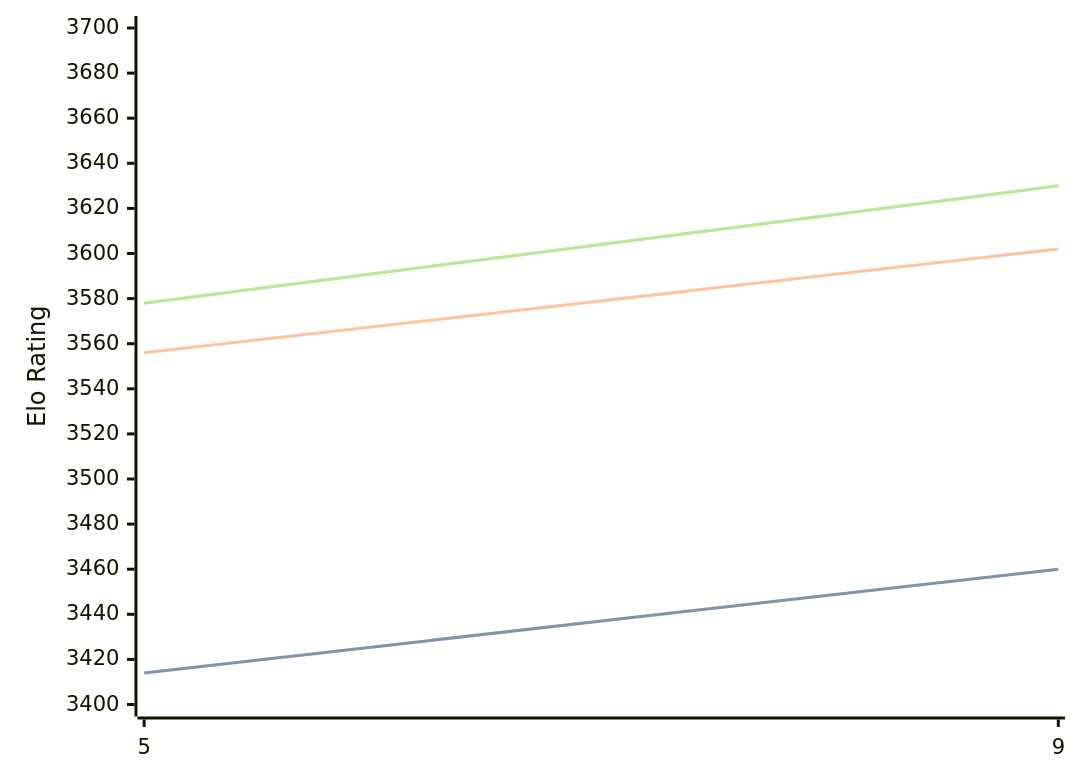
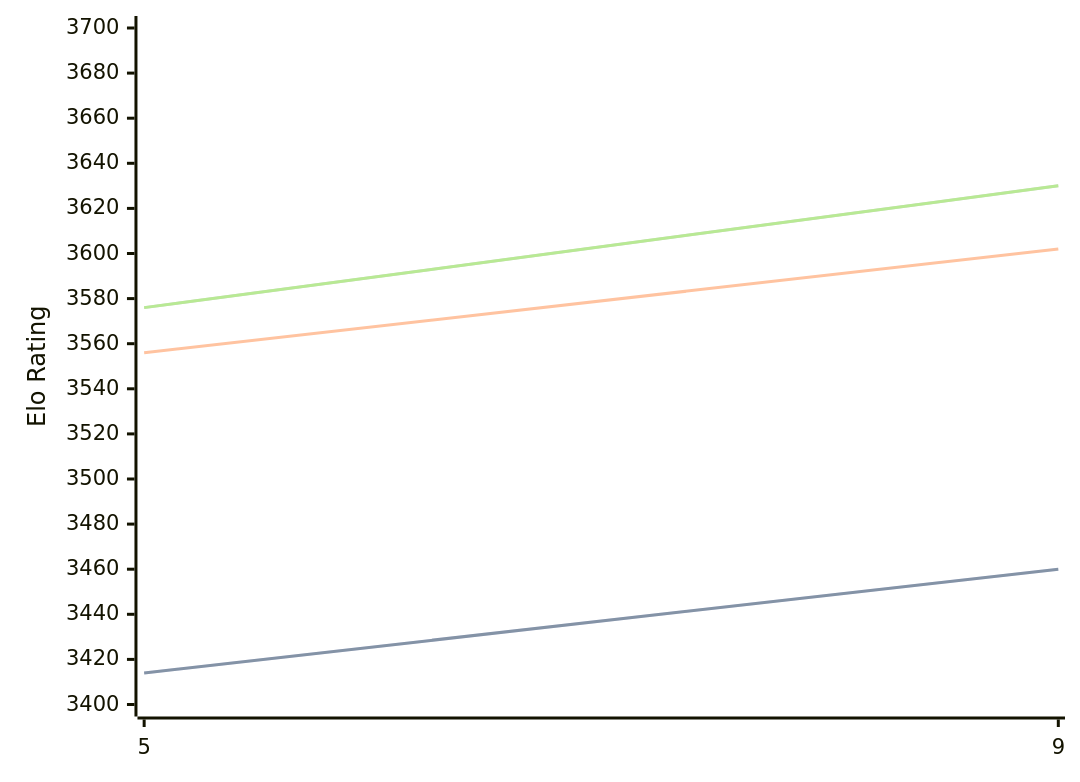
The diagram in engines/Crystal.md (computer-chess-index/cci), drawn with Mermaid before and after one commit. The commit also changed other lines of this file, not shown here.

Commit message:
Update CCI Ratings (ELO VLTC) - 2026-04-28

````diff
--- a/engines/Crystal.md
+++ b/engines/Crystal.md
@@ -60,11 +60,11 @@
 ```mermaid
 %%{init: {"theme":"base","themeVariables":{"seriesColors:['#a3a3a3','#222221','#faa371']}}}%%
 xychart-beta
   x-axis ["5", "9"]
   y-axis "Elo Rating" 3400 --> 3700
   line "STC (8.0+0.08s)" [3414, 3460]
   line "STC (8.0+0.08s)" [3414, 3460]
   line "LTC (60.0+0.60s)" [3556, 3602]
-  line "VLTC (2m24s+1.12s)" [3578, 3630]
-  line "VLTC (2m24s+1.12s)" [3578, 3630]
+  line "VLTC (2m24s+1.12s)" [3576, 3630]
+  line "VLTC (2m24s+1.12s)" [3576, 3630]
 ```
````
